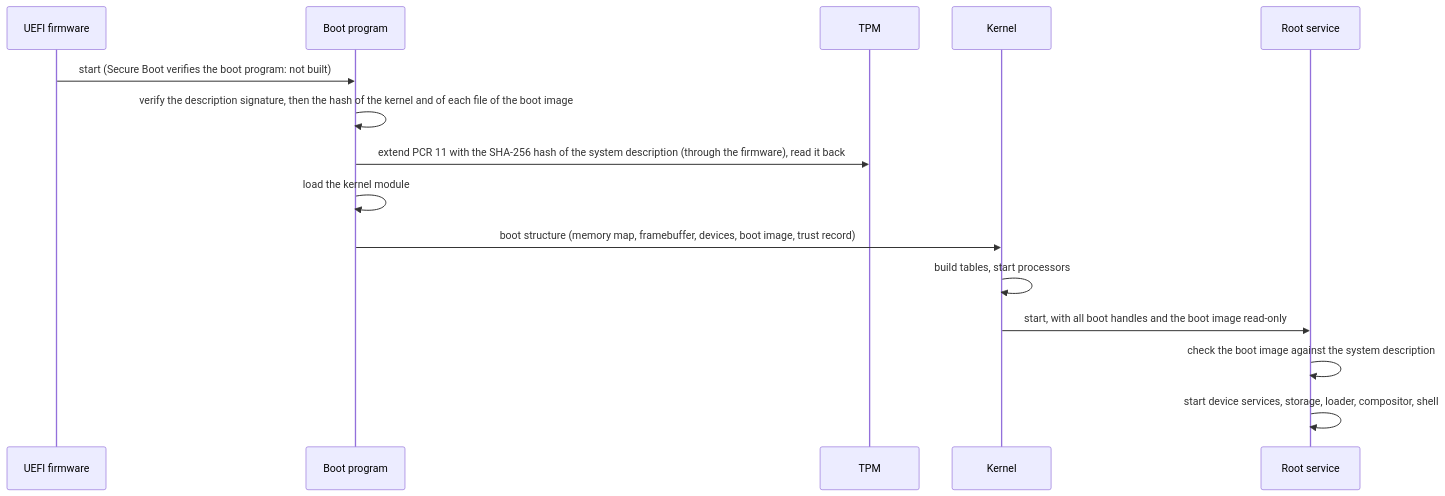
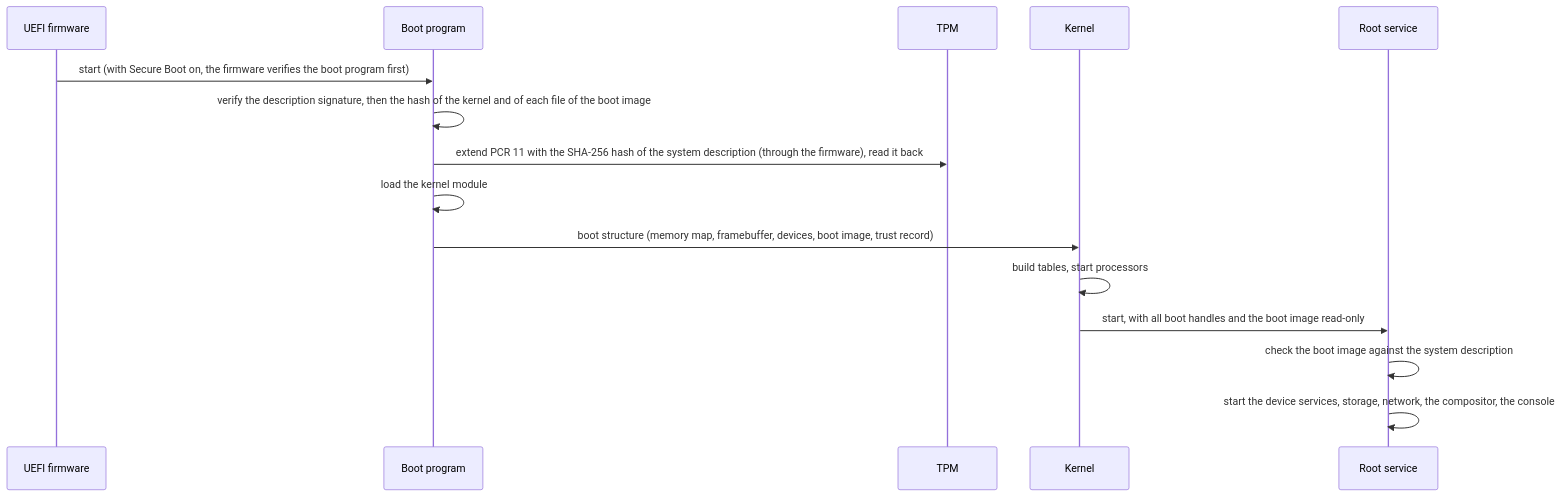
One commit to sachahjkl/kernel changed the third of 5 diagrams in docs/ARCHITECTURE.md. Above: the diagram before and after it, drawn with Mermaid. The commit also changed other lines of this file and 19 other files, not shown here.

````diff
--- a/docs/ARCHITECTURE.md
+++ b/docs/ARCHITECTURE.md
@@ -1055,17 +1127,17 @@
 ```mermaid
 sequenceDiagram
   participant FW as UEFI firmware
   participant BP as Boot program
   participant TPM
   participant K as Kernel
   participant R as Root service
-  FW->>BP: start (Secure Boot verifies the boot program: not built)
+  FW->>BP: start (with Secure Boot on, the firmware verifies the boot program first)
   BP->>BP: verify the description signature, then the hash of the kernel and of each file of the boot image
   BP->>TPM: extend PCR 11 with the SHA-256 hash of the system description (through the firmware), read it back
   BP->>BP: load the kernel module
   BP->>K: boot structure (memory map, framebuffer, devices, boot image, trust record)
   K->>K: build tables, start processors
   K->>R: start, with all boot handles and the boot image read-only
   R->>R: check the boot image against the system description
-  R->>R: start device services, storage, loader, compositor, shell
+  R->>R: start the device services, storage, network, the compositor, the console
 ```
````
